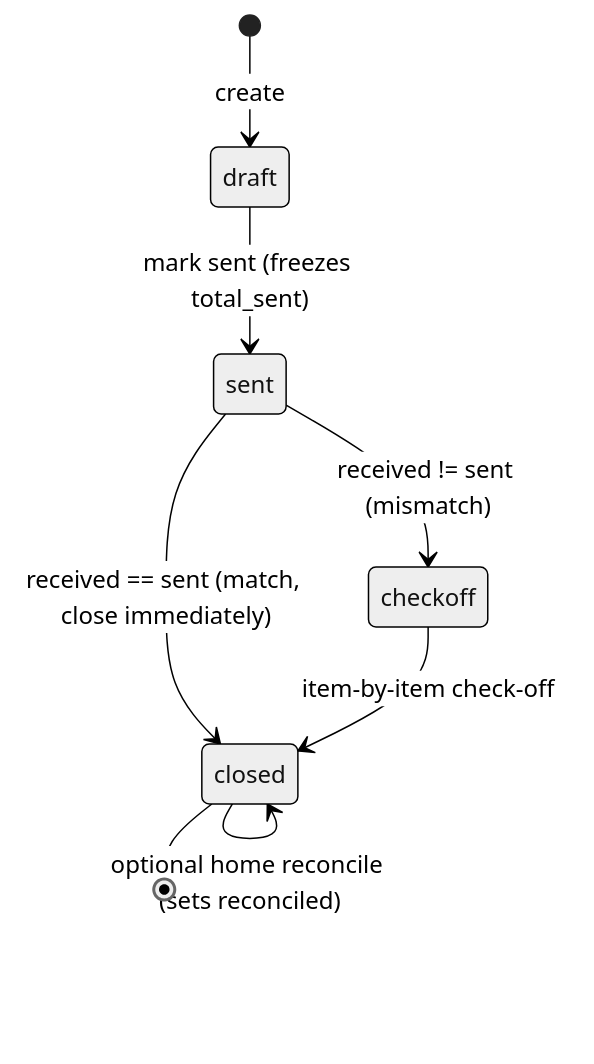
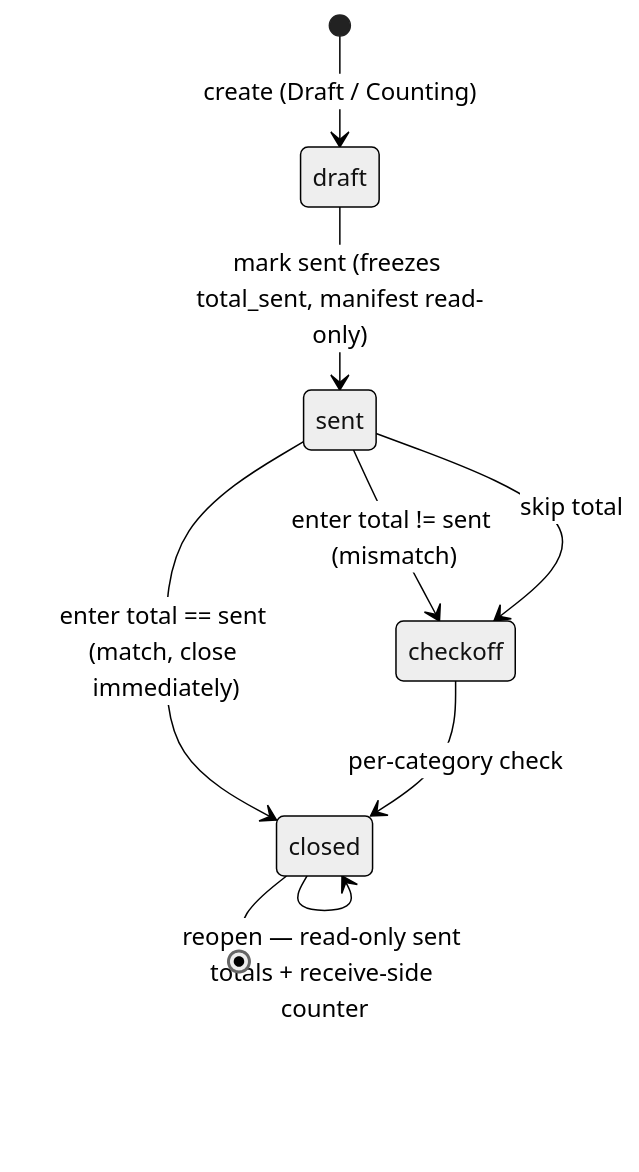
Before and after one commit to quennethks/clothesline: the third of 3 diagrams in specs/01-mvp/technical-implementation-spec.md, drawn with Mermaid (neutral theme). The commit also changed other lines of this file and 1 other file, not shown here.

First line of the commit message:
Align spec/plan with updated PRD (workflow, custom categories, skip receive)

````diff
--- a/specs/01-mvp/technical-implementation-spec.md
+++ b/specs/01-mvp/technical-implementation-spec.md
@@ -245,10 +246,11 @@
 ```mermaid
 stateDiagram-v2
-    [*] --> draft: create
-    draft --> sent: mark sent (freezes total_sent)
-    sent --> closed: received == sent (match, close immediately)
-    sent --> checkoff: received != sent (mismatch)
-    checkoff --> closed: item-by-item check-off
-    closed --> closed: optional home reconcile (sets reconciled)
+    [*] --> draft: create (Draft / Counting)
+    draft --> sent: mark sent (freezes total_sent, manifest read-only)
+    sent --> closed: enter total == sent (match, close immediately)
+    sent --> checkoff: enter total != sent (mismatch)
+    sent --> checkoff: skip total
+    checkoff --> closed: per-category check
+    closed --> closed: reopen — read-only sent totals + receive-side counter
     closed --> [*]
 ```
````
